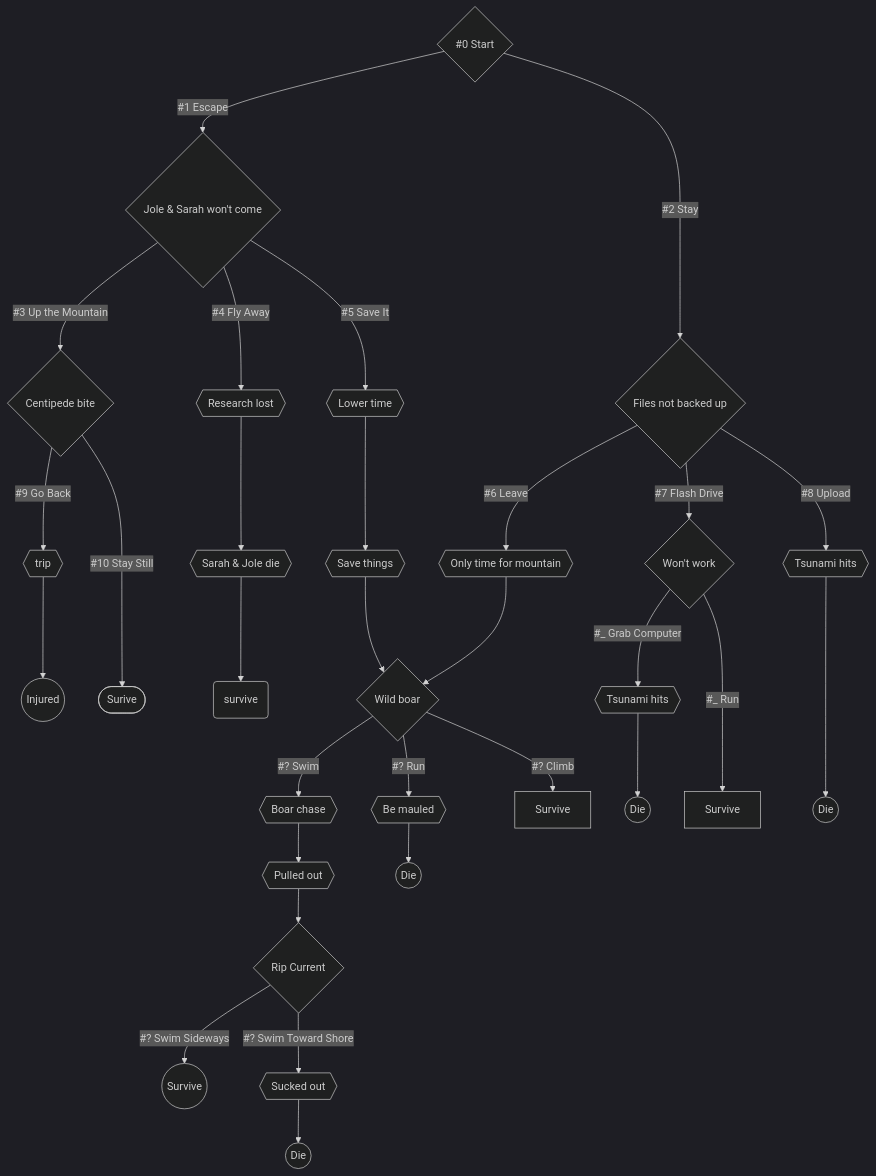
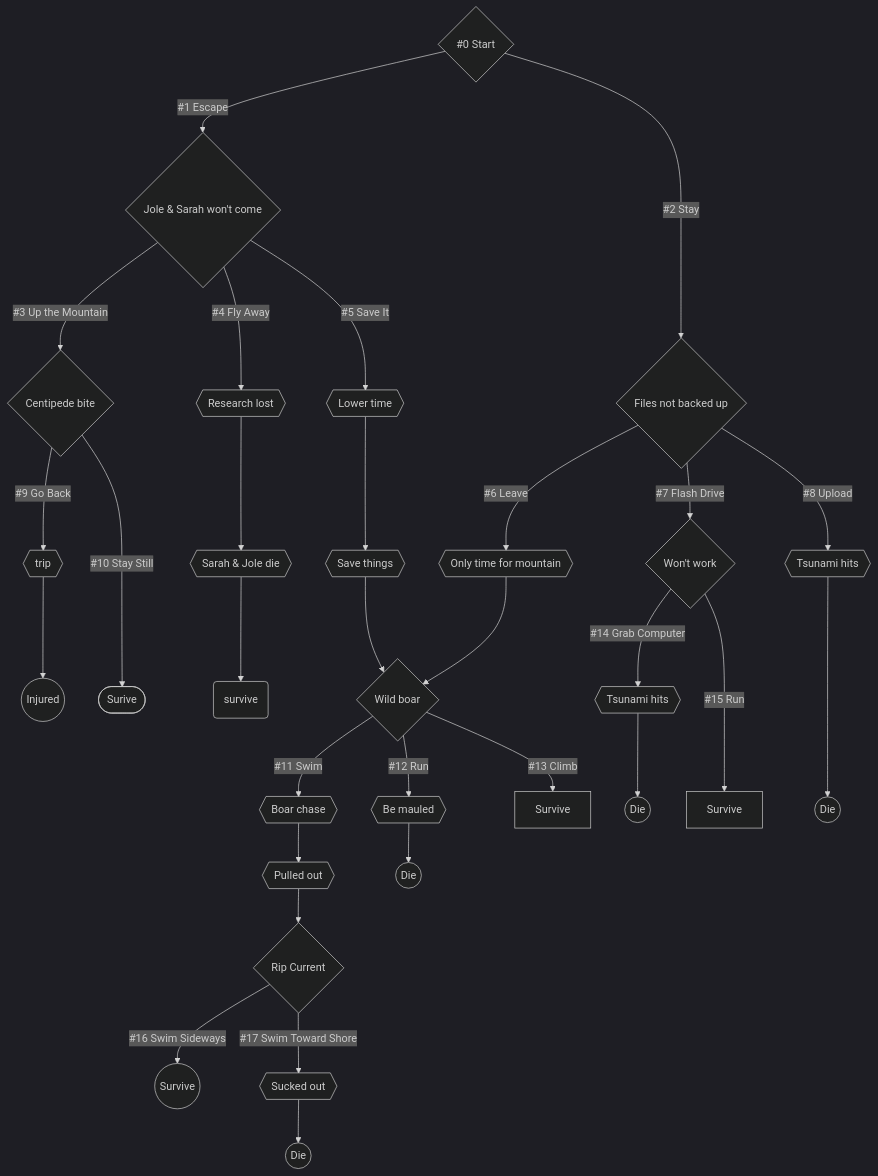
One commit to Sim3-14159/Uilm changed the diagram in README.md. Above: the diagram before and after it, drawn with Mermaid (dark theme).

Commit message:
Finish numbering flow chart

````diff
--- a/README.md
+++ b/README.md
@@ -39,22 +39,22 @@
 ```mermaid
 graph
 
 0{#0 Start} --#1 Escape--> 1{Jole & Sarah won't come}
 0 --#2 Stay--> 2{Files not backed up}
 1 --#3 Up the Mountain--> 3{Centipede bite}
 1 --#4 Fly Away--> ______{{Research lost}} -->___{{Sarah & Jole die}} -->4(survive)
 1 --#5 Save It--> ________{{Lower time}} --> _______{{Save things}} --> 5{Wild boar}
 2 --#6 Leave--> 6{{Only time for mountain}}
 2 --#7 Flash Drive--> 7{Won't work}
 2 --#8 Upload--> _{{Tsunami hits}} ---> 8((Die))
 3 --#9 Go Back--> _____{{trip}}--> 9((Injured))
 3 --#10 Stay Still---> 10([Surive])
-5 --#? Swim--> alksjdf{{Boar chase}} -->asd{{Pulled out}}--> rip{Rip Current}
-5 --#? Run--> ___________{{Be mauled}} --> ??????((Die))
-5 --#? Climb--> Survive
+5 --#11 Swim--> alksjdf{{Boar chase}} -->asd{{Pulled out}}--> rip{Rip Current}
+5 --#12 Run--> ___________{{Be mauled}} --> ??????((Die))
+5 --#13 Climb--> Survive
 6 --> 5
-rip --#? Swim Sideways--> ????????((Survive))
-rip --#? Swim Toward Shore--> ????????????{{Sucked out}} --> aklsdjlf((Die))
-7 --#_ Grab Computer--> __{{Tsunami hits}} --> ??((Die))
-7 --#_ Run---> ???[Survive]
+rip --#16 Swim Sideways--> ????????((Survive))
+rip --#17 Swim Toward Shore--> ????????????{{Sucked out}} --> aklsdjlf((Die))
+7 --#14 Grab Computer--> __{{Tsunami hits}} --> ??((Die))
+7 --#15 Run---> ???[Survive]
 ```
````
